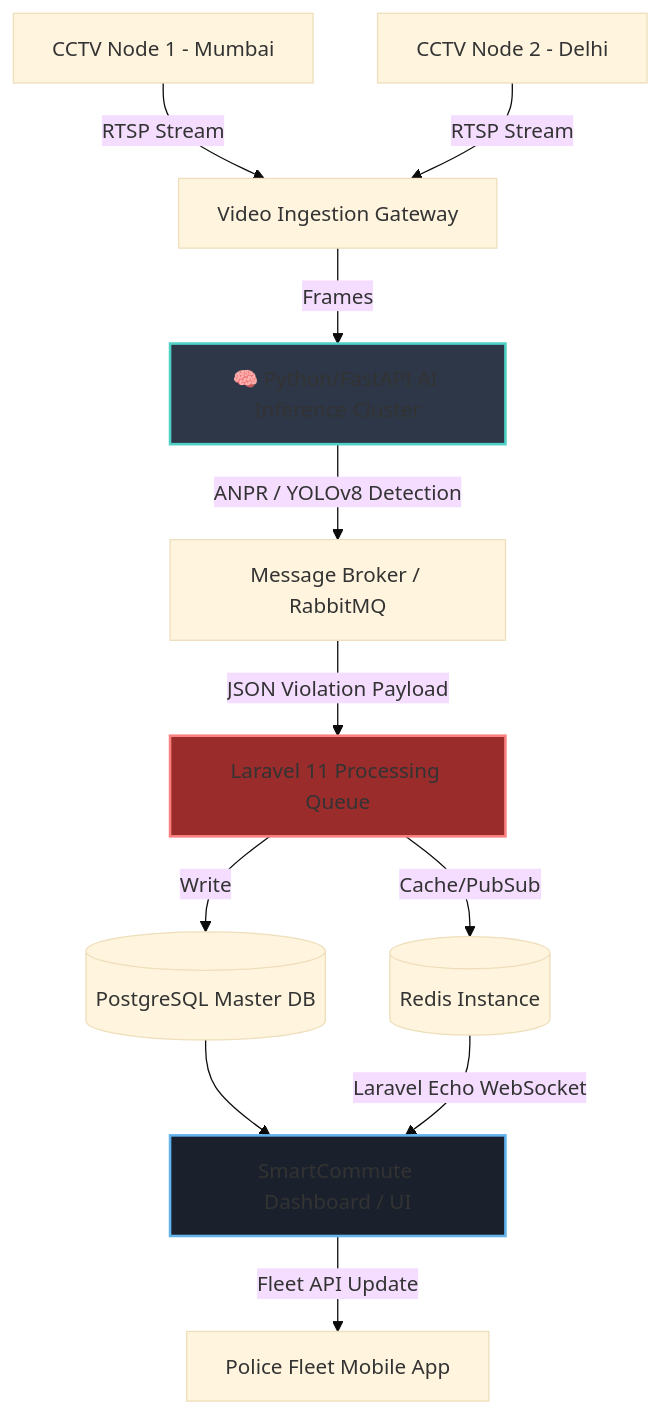
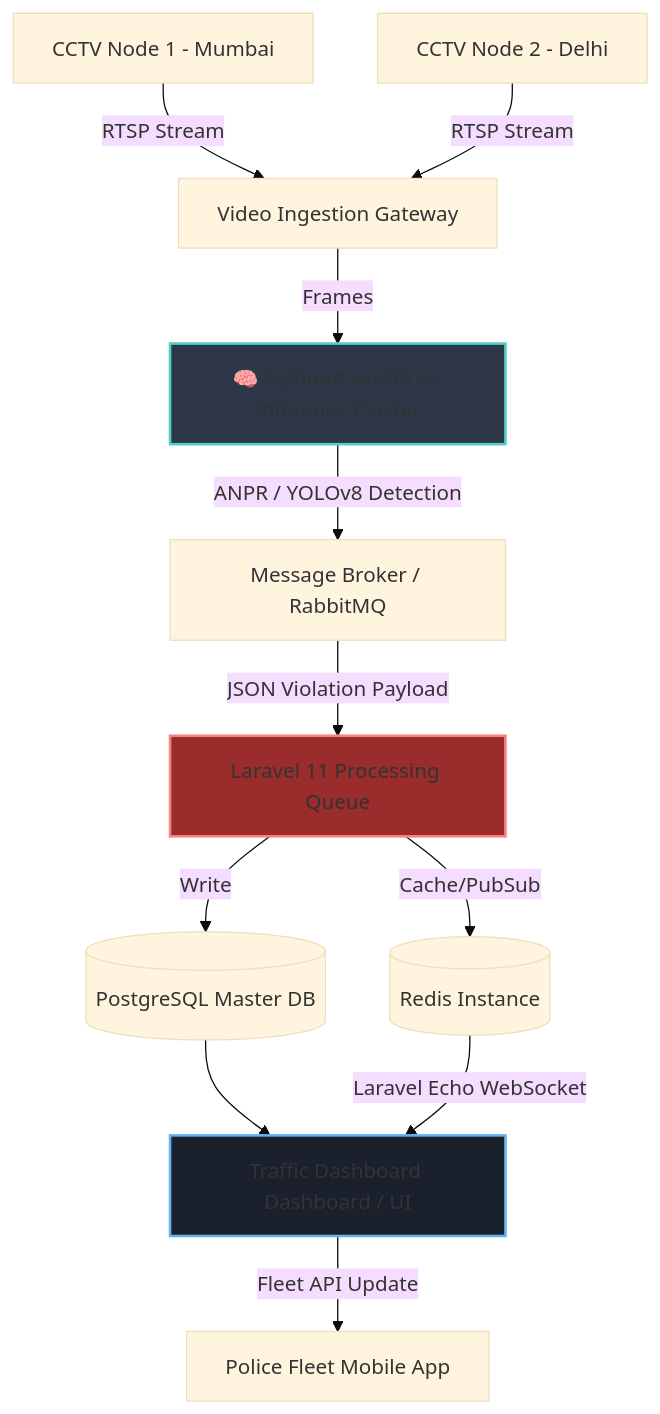
Before and after one commit to Kushagra-Agarwal22/Yashraj-Project-: the diagram in README.md, drawn with Mermaid (base theme). The commit also changed other lines of this file and 1 other file, not shown here.

Commit message:
chore: rename project to Traffic Dashboard

````diff
--- a/README.md
+++ b/README.md
@@ -40,24 +40,24 @@
 ```mermaid
 graph TD;
     %% Edge Devices
     C[CCTV Node 1 - Mumbai] -->|RTSP Stream| V[Video Ingestion Gateway]
     C2[CCTV Node 2 - Delhi] -->|RTSP Stream| V
 
     %% AI Microservice (The Heavy Lifting)
     V -->|Frames| AI[🧠 Python/FastAPI AI Inference Cluster]
     AI -->|ANPR / YOLOv8 Detection| MQ[Message Broker / RabbitMQ]
 
     %% Backend Monolith
     MQ -->|JSON Violation Payload| L[Laravel 11 Processing Queue]
     L -->|Write| DB[(PostgreSQL Master DB)]
     L -->|Cache/PubSub| R[(Redis Instance)]
 
     %% Frontend
-    DB --> W[SmartCommute Dashboard / UI]
+    DB --> W[Traffic Dashboard Dashboard / UI]
     R -->|Laravel Echo WebSocket| W
     W -->|Fleet API Update| Mobile[Police Fleet Mobile App]
 
     style AI fill:#2d3748,stroke:#4fd1c5,stroke-width:2px
     style L fill:#9b2c2c,stroke:#fc8181,stroke-width:2px
     style W fill:#1a202c,stroke:#63b3ed,stroke-width:2px
 ```
````
